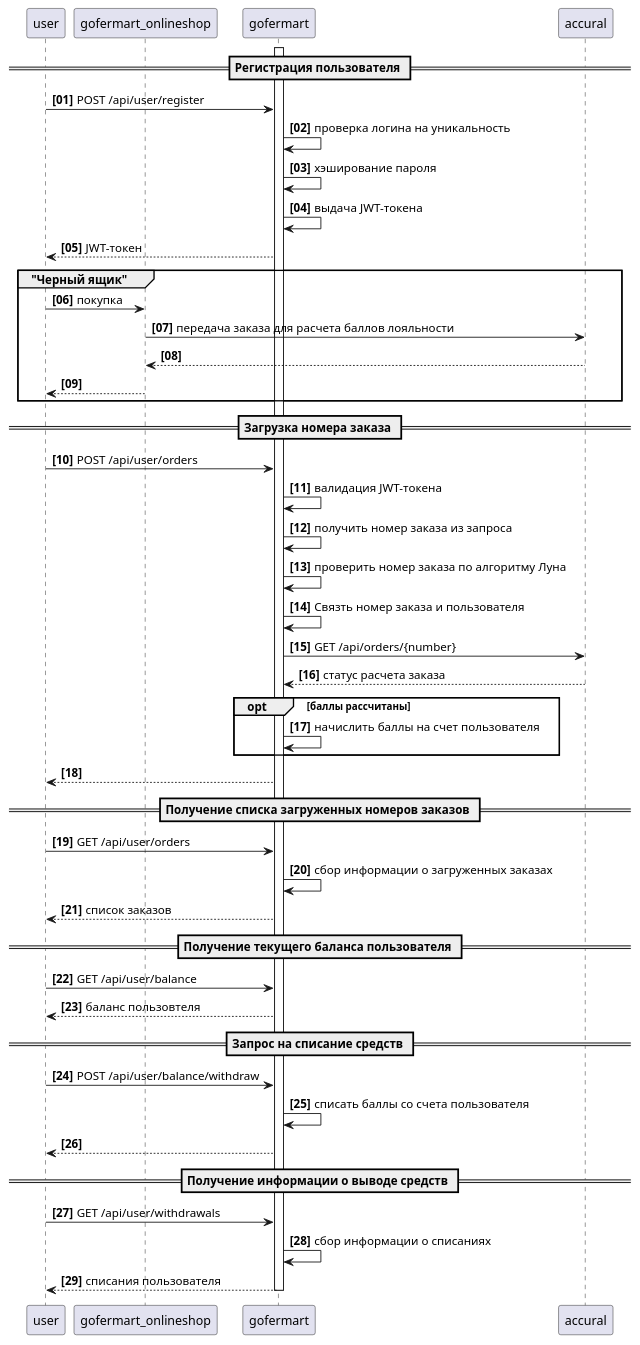
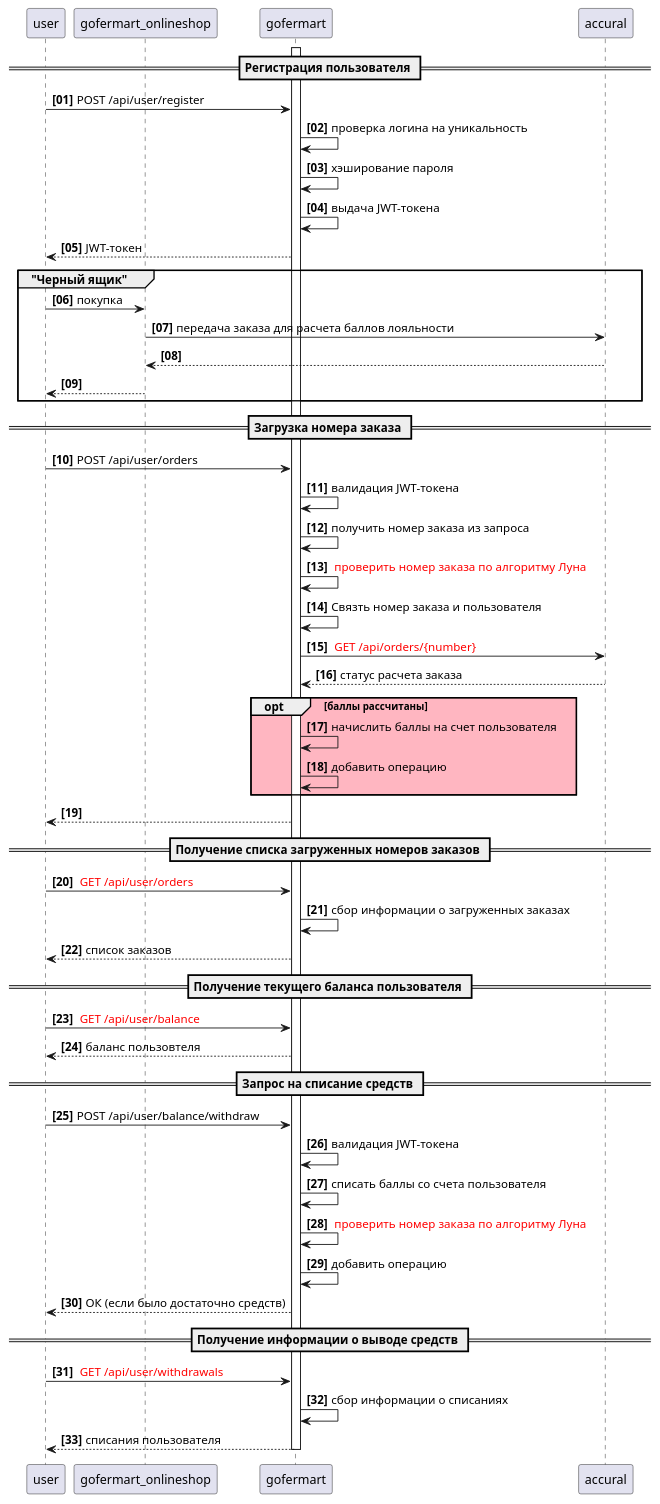
The diagram in docs/schema.puml (onbehalfofhim/gofermart), drawn with PlantUML before and after one commit. The commit also changed 14 other files, not shown here.

```diff
--- a/docs/schema.puml
+++ b/docs/schema.puml
@@ -1,58 +1,62 @@
 @startuml
 autonumber "<b>[00]"
 
 participant user as u
 participant gofermart_onlineshop as shop
 participant gofermart as gm
 participant accural as acc
 
 activate gm
 
 == Регистрация пользователя ==
     u->gm: POST /api/user/register
     gm->gm: проверка логина на уникальность
     gm->gm: хэширование пароля
     gm->gm: выдача JWT-токена
     gm-->u: JWT-токен
 
 group "Черный ящик"
     u->shop: покупка
     shop->acc: передача заказа для расчета баллов лояльности
     acc-->shop
     shop-->u
 end group
 
 == Загрузка номера заказа ==
     u->gm: POST /api/user/orders
     gm->gm: валидация JWT-токена
     gm->gm: получить номер заказа из запроса
-    gm->gm: проверить номер заказа по алгоритму Луна
+    gm->gm: <color red> проверить номер заказа по алгоритму Луна
     gm->gm: Связть номер заказа и пользователя
-    gm->acc: GET /api/orders/{number}
+    gm->acc: <color red> GET /api/orders/{number}
     acc-->gm: статус расчета заказа
-    opt баллы рассчитаны
+    opt #lightpink баллы рассчитаны
         gm->gm: начислить баллы на счет пользователя
+        gm->gm: добавить операцию
     end
     gm-->u:
 == Получение списка загруженных номеров заказов ==
-    u->gm: GET /api/user/orders
+    u->gm: <color red> GET /api/user/orders
     gm->gm: сбор информации о загруженных заказах
     gm-->u: список заказов
 
 == Получение текущего баланса пользователя ==
-    u->gm: GET /api/user/balance
+    u->gm: <color red> GET /api/user/balance
     gm-->u: баланс пользовтеля
 
 == Запрос на списание средств ==
     u->gm: POST /api/user/balance/withdraw
+    gm->gm: валидация JWT-токена
     gm->gm: списать баллы со счета пользователя
-    gm-->u: 
+    gm->gm: <color red> проверить номер заказа по алгоритму Луна
+    gm->gm: добавить операцию
+    gm-->u: ОК (если было достаточно средств)
 
 == Получение информации о выводе средств ==
-    u->gm: GET /api/user/withdrawals
+    u->gm: <color red> GET /api/user/withdrawals
     gm->gm: сбор информации о списаниях
     gm-->u: списания пользователя
 
 deactivate gm
 
 @enduml
```
